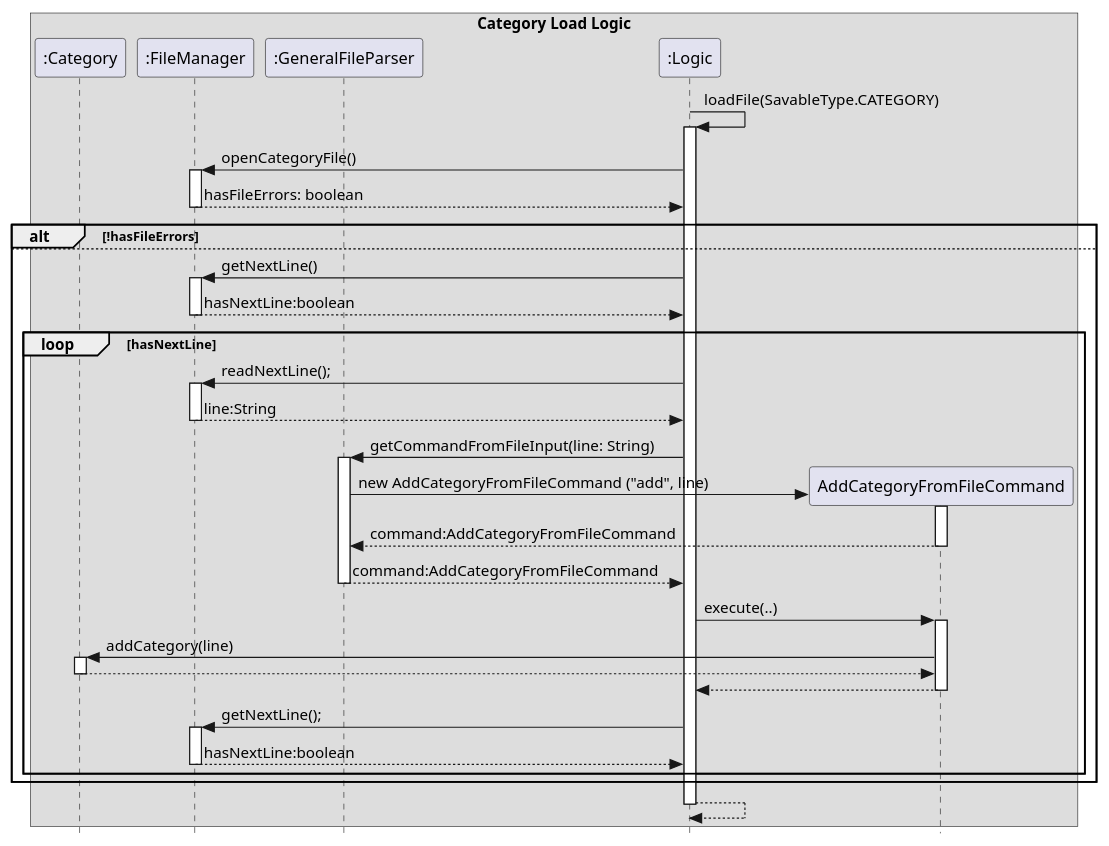
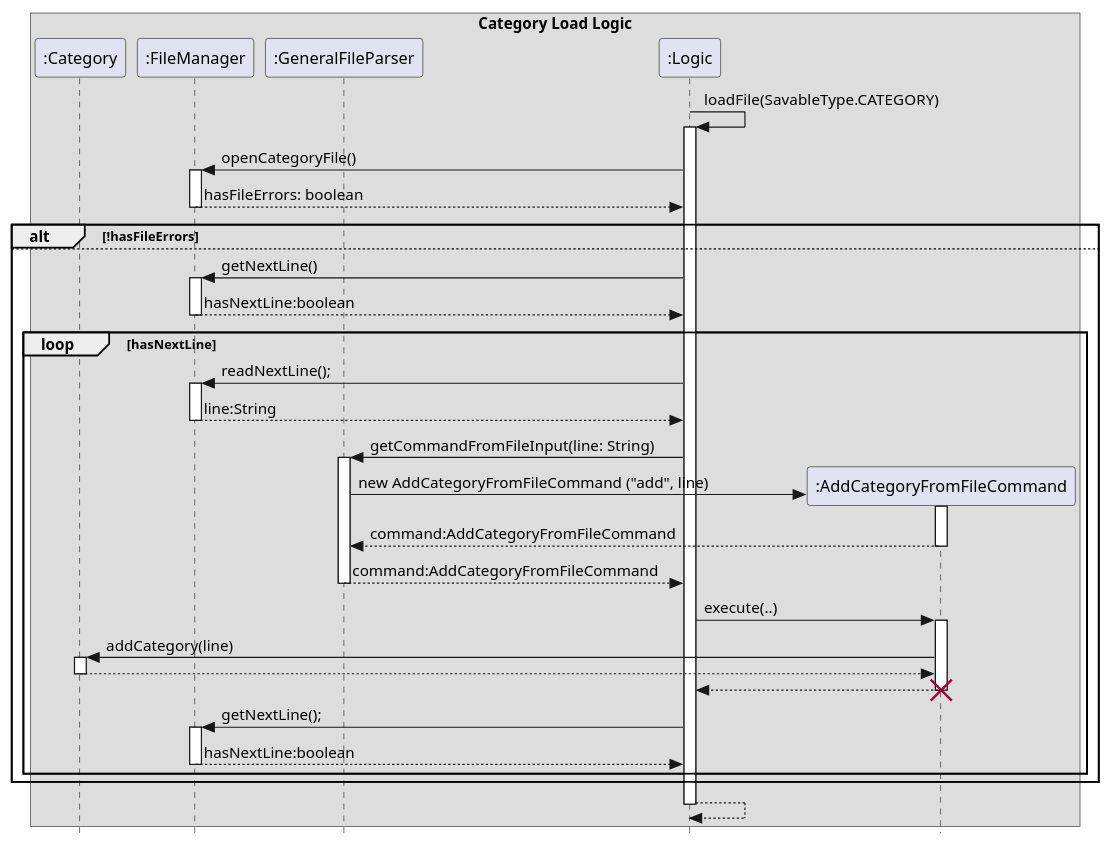
The diagram in docs/team/UML_Files/category_load_sequence.puml (JianJiaT/tp), drawn with PlantUML before and after one commit. The commit also changed 2 other files, not shown here.

Commit message:
Modify category load uml

```diff
--- a/docs/team/UML_Files/category_load_sequence.puml
+++ b/docs/team/UML_Files/category_load_sequence.puml
@@ -1,55 +1,57 @@
 @startuml
 skinparam Style strictuml
 box Category Load Logic
 
 participant ":Category" as category
 participant ":FileManager" as fileManager
 participant ":GeneralFileParser" as generalFileParser
 participant ":Logic" as logic
+participant ":AddCategoryFromFileCommand" as AddCategoryFromFileCommand
 
 
 logic -> logic: loadFile(SavableType.CATEGORY)
 activate logic
 logic -> fileManager: openCategoryFile()
 activate fileManager
 fileManager -[dashed]-> logic: hasFileErrors: boolean
 deactivate fileManager
     alt !hasFileErrors
     else
         logic -> fileManager : getNextLine()
         activate fileManager
         fileManager -[dashed]-> logic : hasNextLine:boolean
         deactivate fileManager
         loop hasNextLine
             logic -> fileManager : readNextLine();
             activate fileManager
             fileManager -[dashed]-> logic : line:String
             deactivate fileManager
             logic -> generalFileParser : getCommandFromFileInput(line: String)
             activate generalFileParser
             create AddCategoryFromFileCommand
             generalFileParser -> AddCategoryFromFileCommand: new AddCategoryFromFileCommand ("add", line)
             activate AddCategoryFromFileCommand
             AddCategoryFromFileCommand --> generalFileParser: command:AddCategoryFromFileCommand
             deactivate AddCategoryFromFileCommand
             generalFileParser --> logic : command:AddCategoryFromFileCommand
             deactivate generalFileParser
             logic -> AddCategoryFromFileCommand : execute(..)
             activate AddCategoryFromFileCommand
             AddCategoryFromFileCommand -> category : addCategory(line)
             activate category
             category -[dashed]-> AddCategoryFromFileCommand
             deactivate
             AddCategoryFromFileCommand -[dashed]-> logic
             deactivate AddCategoryFromFileCommand
+            destroy AddCategoryFromFileCommand
             logic -> fileManager : getNextLine();
             activate fileManager
             fileManager -[dashed]-> logic : hasNextLine:boolean
             deactivate fileManager
 
         end
     end
     logic -[dashed]-> logic
     deactivate logic
 end box
 @enduml
```
